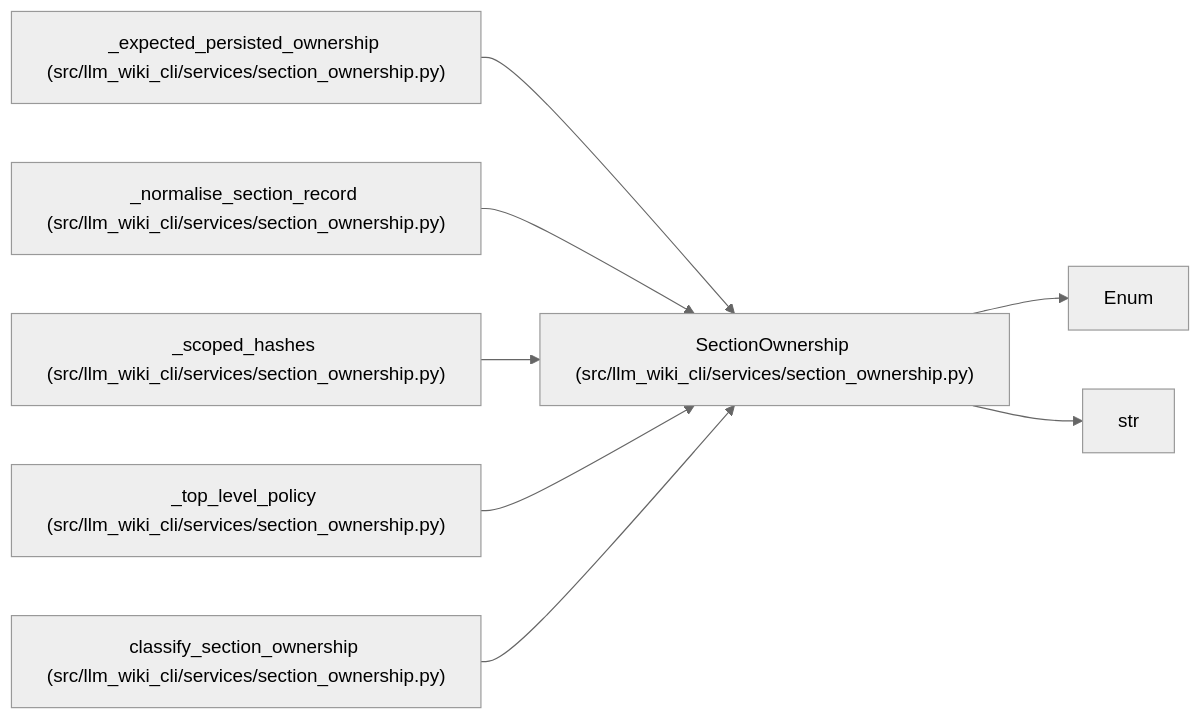
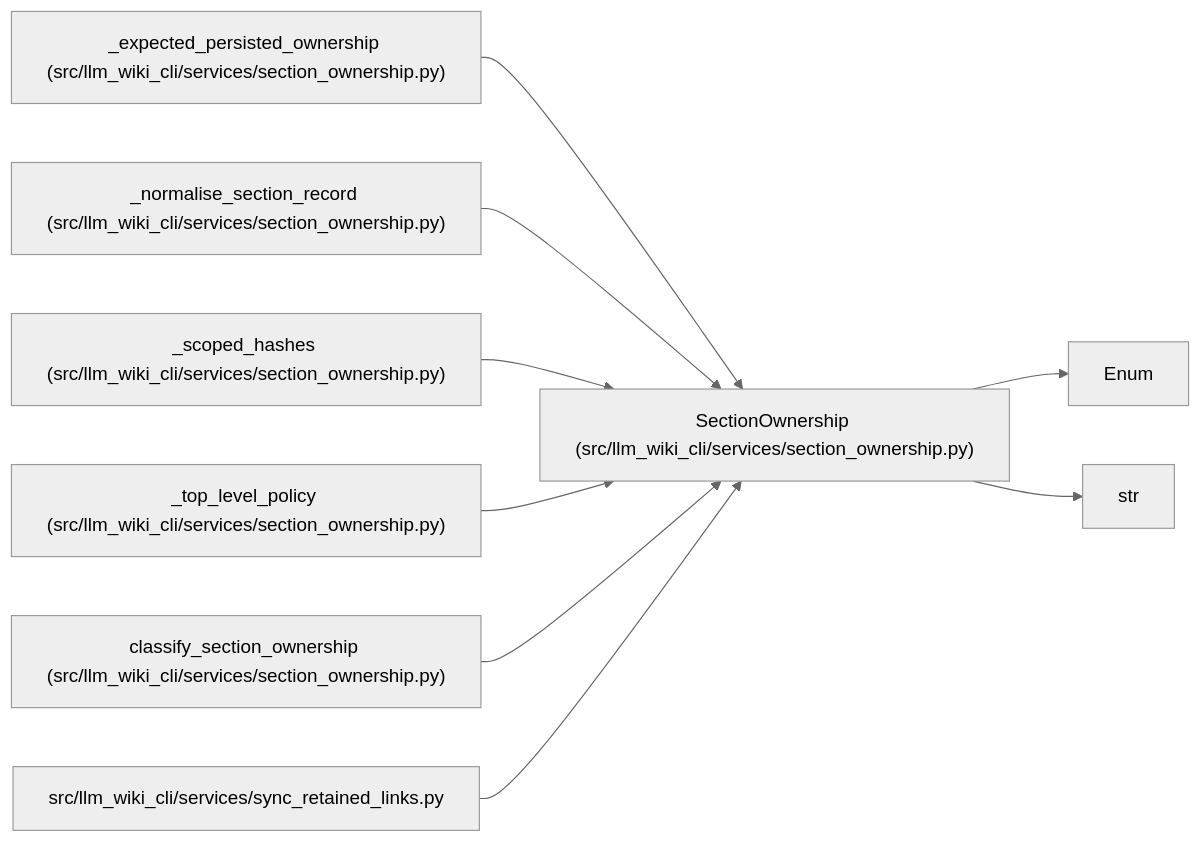
One commit to Denissvgn/python-wiki-llm changed the diagram in docs/llm_wiki/entities/SectionOwnership.md. Above: the diagram before and after it, drawn with Mermaid (neutral theme). The commit also changed other lines of this file and 490 other files, not shown here.

````diff
--- a/docs/llm_wiki/entities/SectionOwnership.md
+++ b/docs/llm_wiki/entities/SectionOwnership.md
@@ -28,24 +28,27 @@
 ```mermaid
 flowchart LR
     n0["SectionOwnership (src/llm_wiki_cli/services/section_ownership.py)"]
     n1["Enum"]
     n2["str"]
     n3["_expected_persisted_ownership (src/llm_wiki_cli/services/section_ownership.py)"]
     n4["_normalise_section_record (src/llm_wiki_cli/services/section_ownership.py)"]
     n5["_scoped_hashes (src/llm_wiki_cli/services/section_ownership.py)"]
     n6["_top_level_policy (src/llm_wiki_cli/services/section_ownership.py)"]
     n7["classify_section_ownership (src/llm_wiki_cli/services/section_ownership.py)"]
+    n8["src/llm_wiki_cli/services/sync_retained_links.py"]
     n0 --> n1
     n0 --> n2
     n3 --> n0
     n4 --> n0
     n5 --> n0
     n6 --> n0
     n7 --> n0
+    n8 --> n0
     click n0 "../modules/section_ownership.md"
     click n3 "../modules/section_ownership.md"
     click n4 "../modules/section_ownership.md"
     click n5 "../modules/section_ownership.md"
     click n6 "../modules/section_ownership.md"
     click n7 "../modules/section_ownership.md"
+    click n8 "../modules/sync_retained_links.md"
 ```
````
